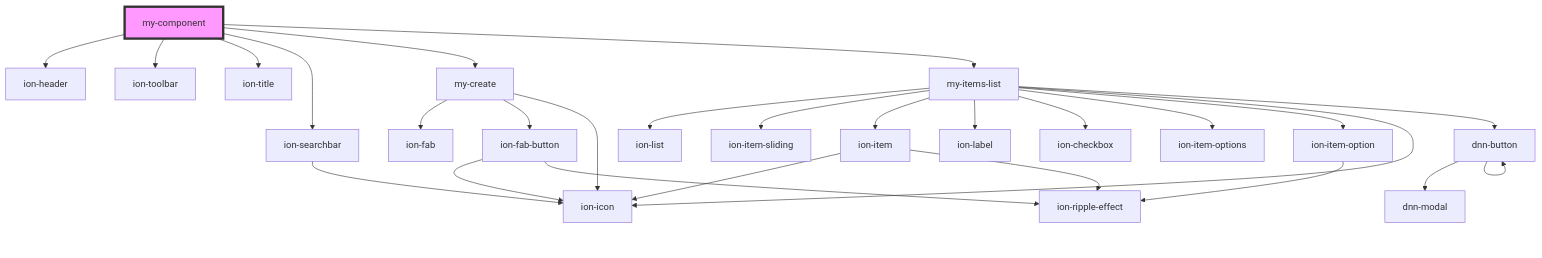
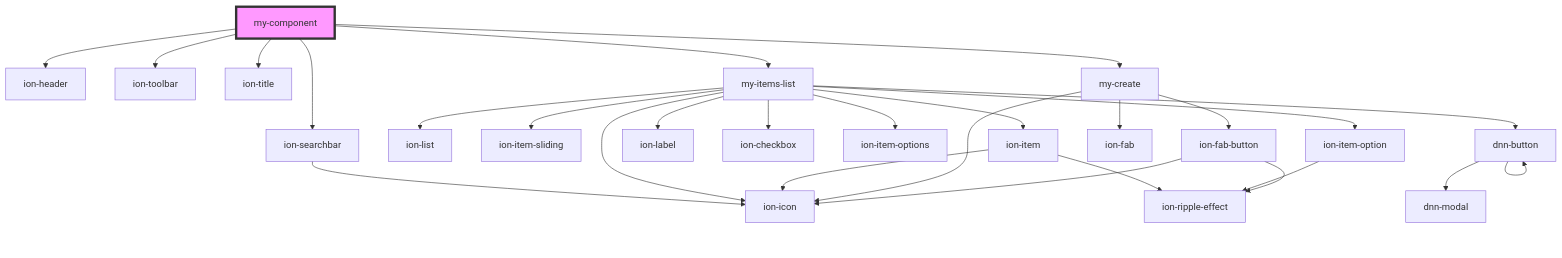
One commit to david-poindexter/DNN.IonicToDo changed the diagram in module.web/src/components/my-component/readme.md. Above: the diagram before and after it, drawn with Mermaid. The commit also changed other lines of this file and 5 other files, not shown here.

````diff
--- a/module.web/src/components/my-component/readme.md
+++ b/module.web/src/components/my-component/readme.md
@@ -65,30 +65,30 @@
 ```mermaid
 graph TD;
   my-component --> ion-header
   my-component --> ion-toolbar
   my-component --> ion-title
   my-component --> ion-searchbar
+  my-component --> my-items-list
   my-component --> my-create
-  my-component --> my-items-list
   ion-searchbar --> ion-icon
-  my-create --> ion-fab
-  my-create --> ion-fab-button
-  my-create --> ion-icon
-  ion-fab-button --> ion-icon
-  ion-fab-button --> ion-ripple-effect
   my-items-list --> ion-list
   my-items-list --> ion-item-sliding
   my-items-list --> ion-item
   my-items-list --> ion-label
   my-items-list --> ion-checkbox
   my-items-list --> ion-item-options
   my-items-list --> ion-item-option
   my-items-list --> ion-icon
   my-items-list --> dnn-button
   ion-item --> ion-icon
   ion-item --> ion-ripple-effect
   ion-item-option --> ion-ripple-effect
   dnn-button --> dnn-modal
   dnn-button --> dnn-button
+  my-create --> ion-fab
+  my-create --> ion-fab-button
+  my-create --> ion-icon
+  ion-fab-button --> ion-icon
+  ion-fab-button --> ion-ripple-effect
   style my-component fill:#f9f,stroke:#333,stroke-width:4px
 ```
````
